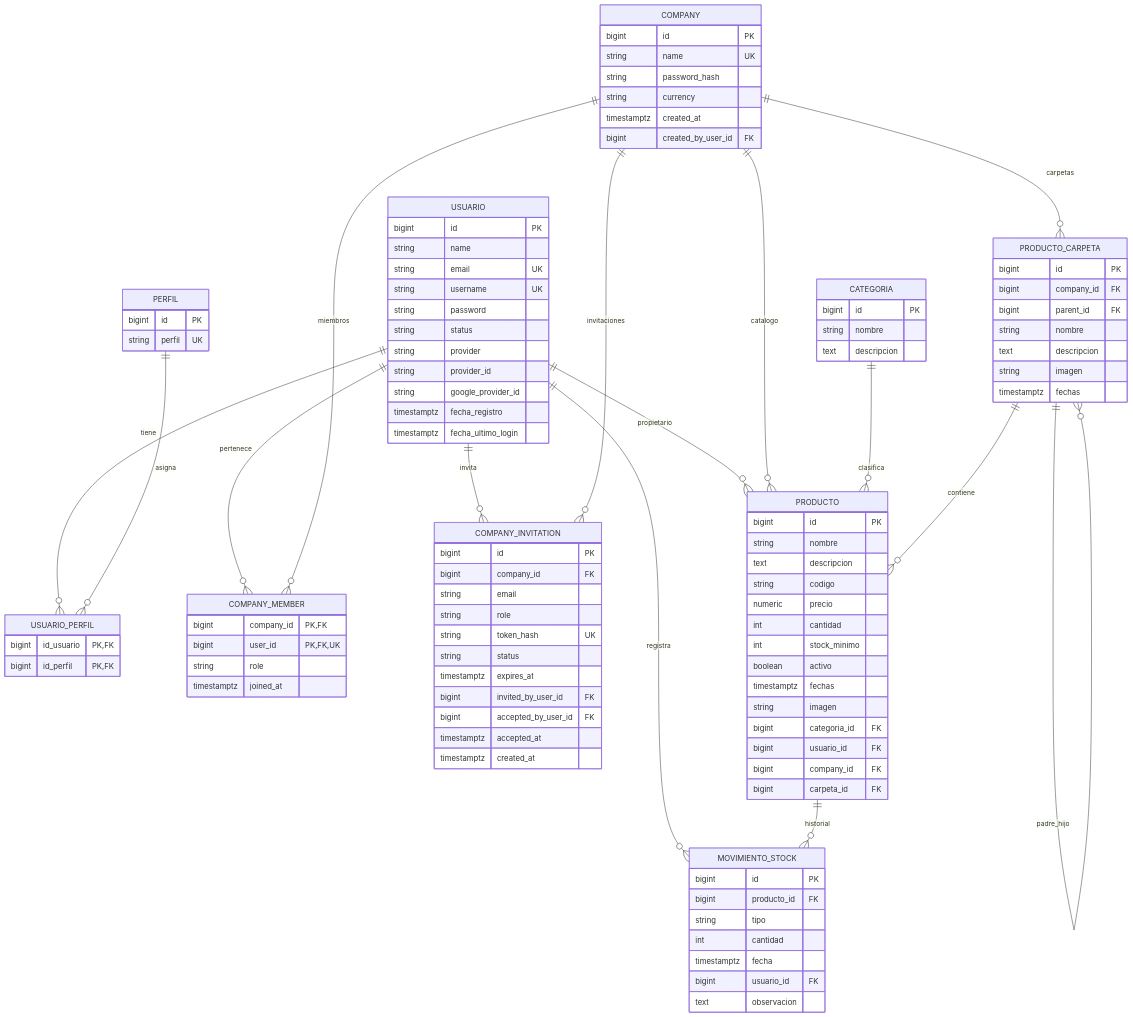
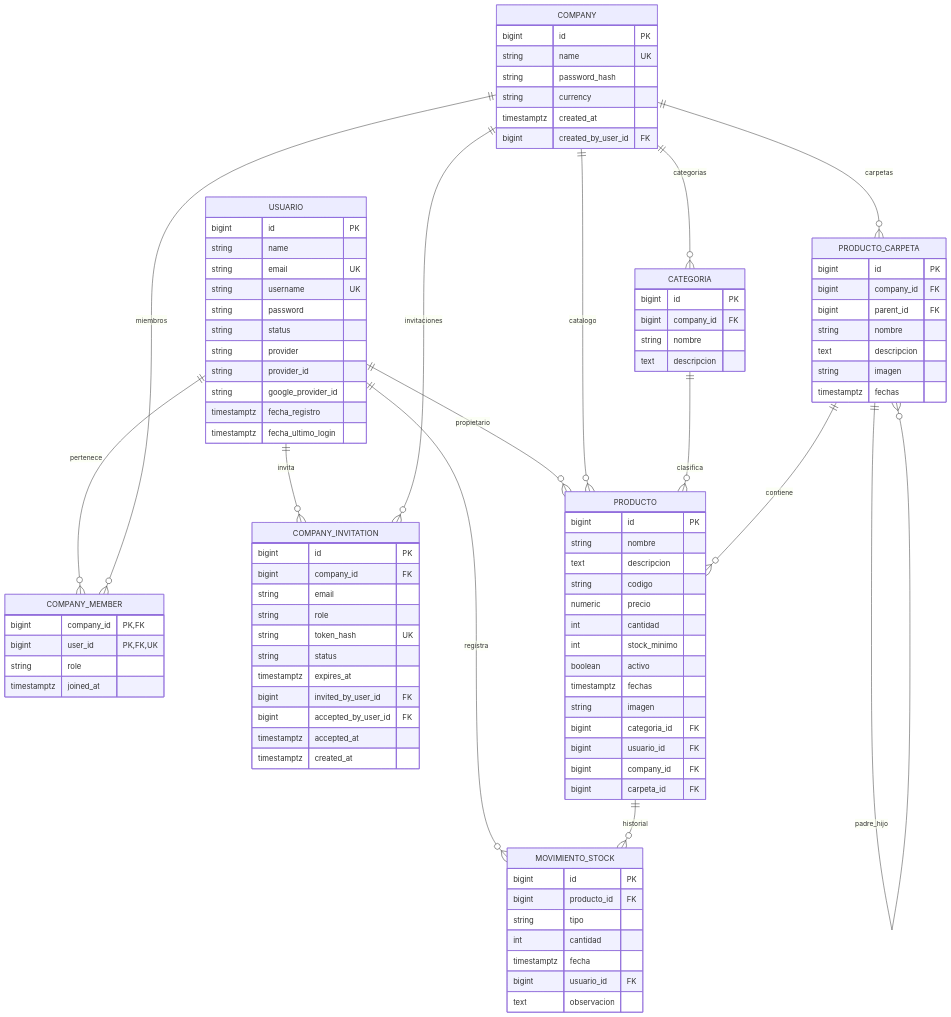
Before and after one commit to Cheng17415/StoRy: the first of 9 diagrams in documentacion/StoRy-guia-tecnica.md, drawn with Mermaid. The commit also changed other lines of this file and 36 other files, not shown here.

````diff
--- a/documentacion/StoRy-guia-tecnica.md
+++ b/documentacion/StoRy-guia-tecnica.md
@@ -33,7 +33,5 @@
 ```mermaid
 erDiagram
-    USUARIO ||--o{ USUARIO_PERFIL : tiene
-    PERFIL ||--o{ USUARIO_PERFIL : asigna
     USUARIO ||--o{ COMPANY_MEMBER : pertenece
     COMPANY ||--o{ COMPANY_MEMBER : miembros
     USUARIO ||--o{ MOVIMIENTO_STOCK : registra
@@ -43,6 +41,7 @@
     COMPANY ||--o{ COMPANY_INVITATION : invitaciones
     COMPANY ||--o{ PRODUCTO : catalogo
     COMPANY ||--o{ PRODUCTO_CARPETA : carpetas
+    COMPANY ||--o{ CATEGORIA : categorias
 
     CATEGORIA ||--o{ PRODUCTO : clasifica
 
@@ -63,16 +62,6 @@
         string google_provider_id
         timestamptz fecha_registro
         timestamptz fecha_ultimo_login
-    }
-
-    PERFIL {
-        bigint id PK
-        string perfil UK
-    }
-
-    USUARIO_PERFIL {
-        bigint id_usuario PK,FK
-        bigint id_perfil PK,FK
     }
 
     COMPANY {
@@ -107,6 +96,7 @@
 
     CATEGORIA {
         bigint id PK
+        bigint company_id FK
         string nombre
         text descripcion
     }
````
